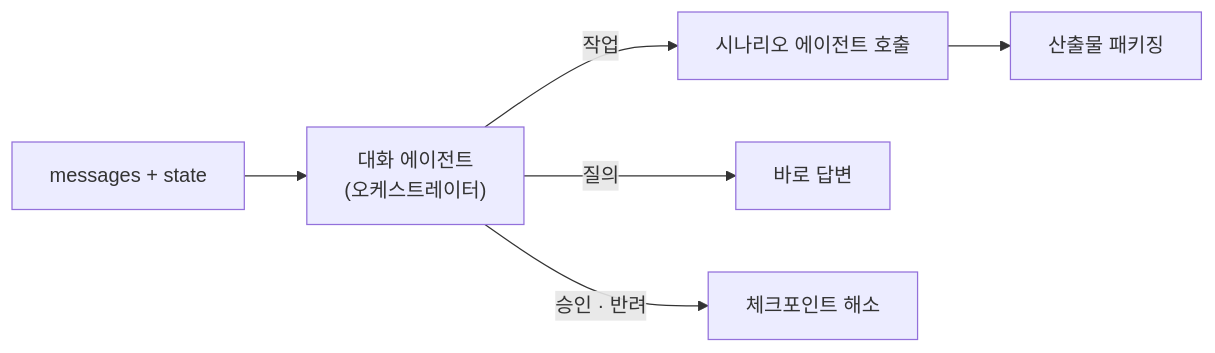
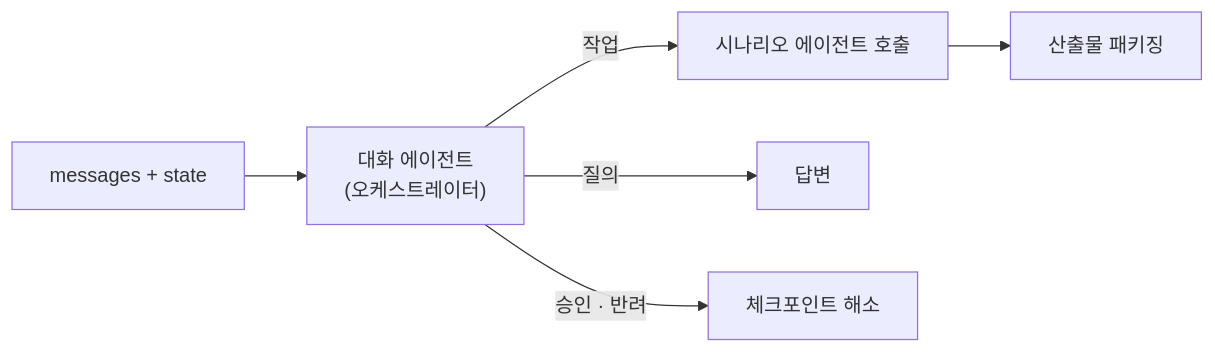
Before and after one commit to Doc-AI-Agent-development/Doc-AI-Agent-development.github.io: the first of 2 diagrams in docs/agents/dialog.md, drawn with Mermaid. The commit also changed other lines of this file, not shown here.

````diff
--- a/docs/agents/dialog.md
+++ b/docs/agents/dialog.md
@@ -27,8 +27,8 @@
 ```mermaid
 flowchart LR
     IN["messages + state"] --> SVC["대화 에이전트<br/>(오케스트레이터)"]
     SVC -->|"작업"| TASK["시나리오 에이전트 호출"]
-    SVC -->|"질의"| ANS["바로 답변"]
+    SVC -->|"질의"| ANS["답변"]
     SVC -->|"승인 · 반려"| CK["체크포인트 해소"]
     TASK --> PKG["산출물 패키징"]
 ```
````
